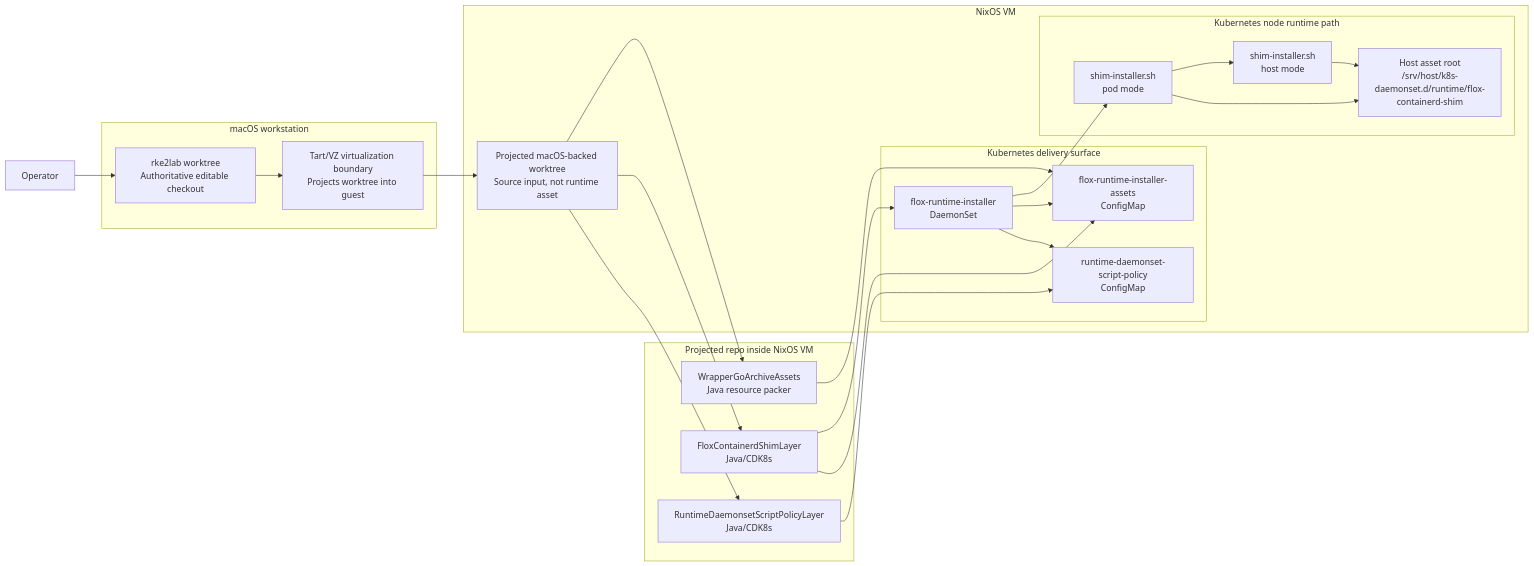
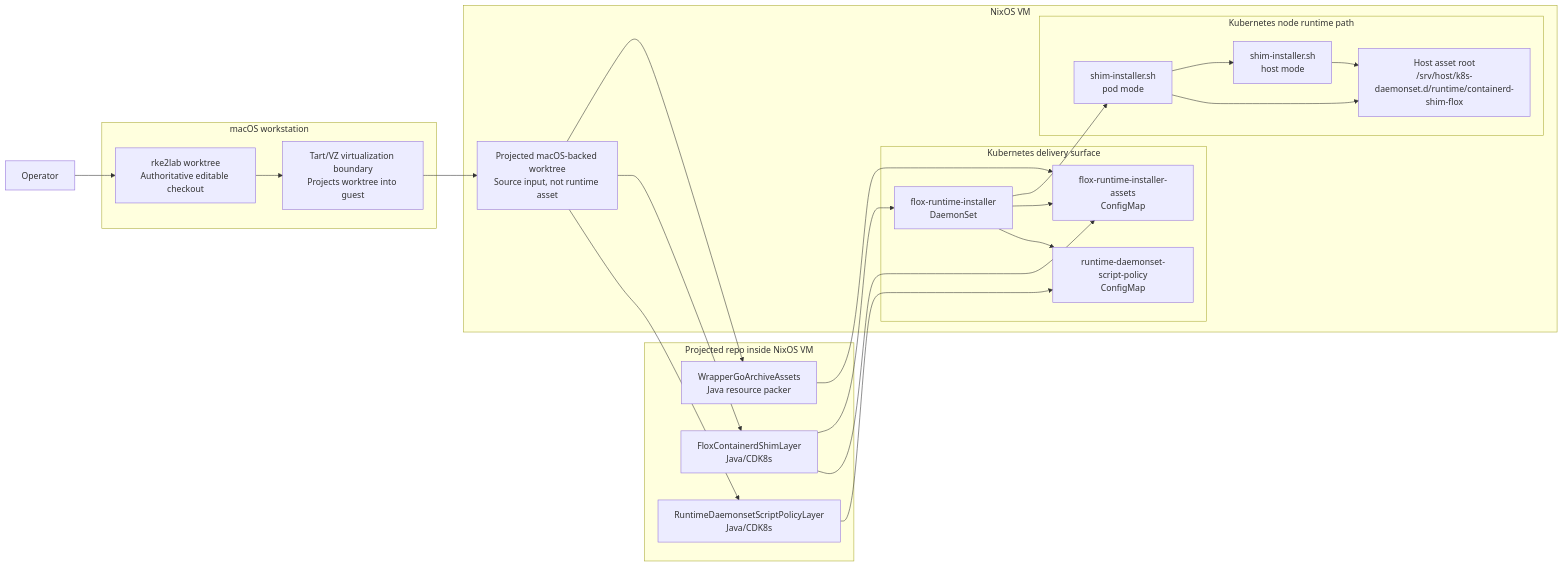
One commit to nxmatic/rke2lab changed the third of 4 diagrams in docs/daemonless-host-assets-architecture.adoc. Above: the diagram before and after it, drawn with Mermaid. The commit also changed other lines of this file and 45 other files, not shown here.

Commit message:
refactor(runtime): rename flox-containerd-shim assets to containerd-shim-flox @codebase @copilot

```diff
--- a/docs/daemonless-host-assets-architecture.adoc
+++ b/docs/daemonless-host-assets-architecture.adoc
@@ -303,49 +303,49 @@
 [mermaid,daemonless-host-assets-container,svg]
 ----
 flowchart LR
     operator[Operator]
 
     subgraph Workstation[macOS workstation]
       worktree[rke2lab worktree\nAuthoritative editable checkout]
       vmBoundary[Tart/VZ virtualization boundary\nProjects worktree into guest]
     end
 
     subgraph Repo[Projected repo inside NixOS VM]
       policyLayer[RuntimeDaemonsetScriptPolicyLayer<br/>Java/CDK8s]
       shimLayer[FloxContainerdShimLayer<br/>Java/CDK8s]
       wrapperProvider[WrapperGoArchiveAssets<br/>Java resource packer]
     end
 
     subgraph VM[NixOS VM]
       projectedTree[Projected macOS-backed worktree<br/>Source input, not runtime asset]
 
     subgraph Cluster[Kubernetes delivery surface]
       policyConfig[runtime-daemonset-script-policy<br/>ConfigMap]
       installerConfig[flox-runtime-installer-assets<br/>ConfigMap]
       daemonSet[flox-runtime-installer<br/>DaemonSet]
     end
 
     subgraph Node[Kubernetes node runtime path]
       podInstaller[shim-installer.sh<br/>pod mode]
       hostInstaller[shim-installer.sh<br/>host mode]
-      hostAssets["Host asset root<br/>/srv/host/k8s-daemonset.d/runtime/flox-containerd-shim"]
+      hostAssets["Host asset root<br/>/srv/host/k8s-daemonset.d/runtime/containerd-shim-flox"]
     end
     end
 
     operator --> worktree
     worktree --> vmBoundary
     vmBoundary --> projectedTree
     projectedTree --> policyLayer
     projectedTree --> shimLayer
     projectedTree --> wrapperProvider
     policyLayer --> policyConfig
     shimLayer --> installerConfig
     shimLayer --> daemonSet
     wrapperProvider --> installerConfig
     daemonSet --> policyConfig
     daemonSet --> installerConfig
     daemonSet --> podInstaller
     podInstaller --> hostAssets
     podInstaller --> hostInstaller
     hostInstaller --> hostAssets
 ----
```
